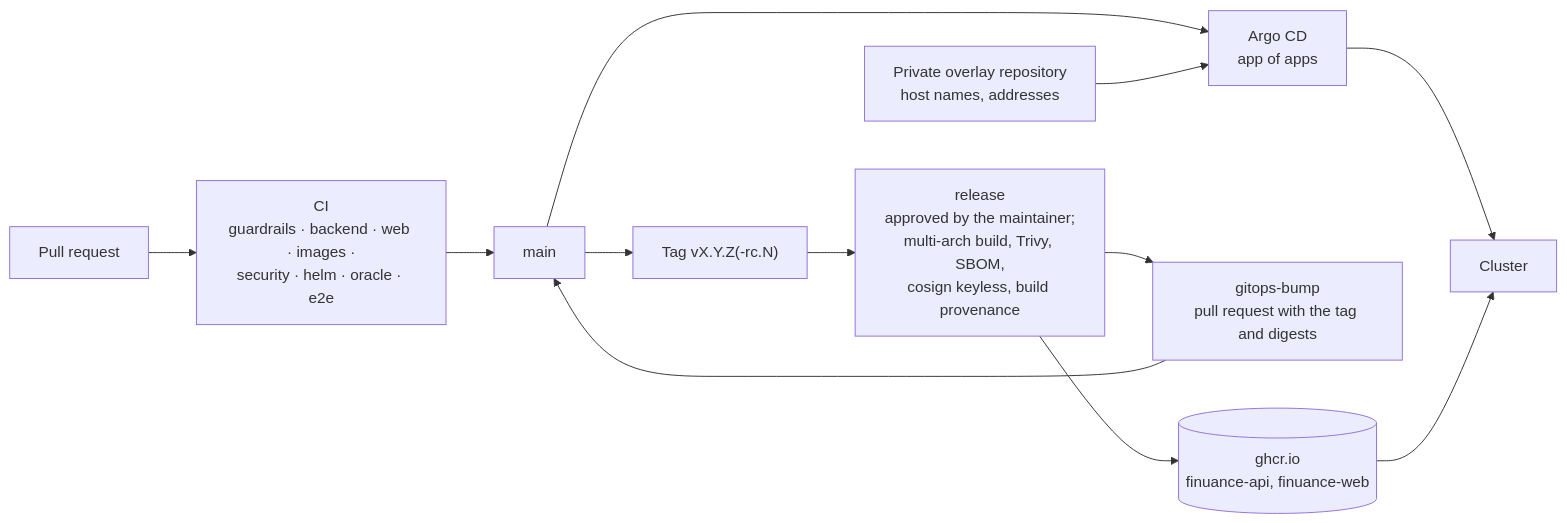
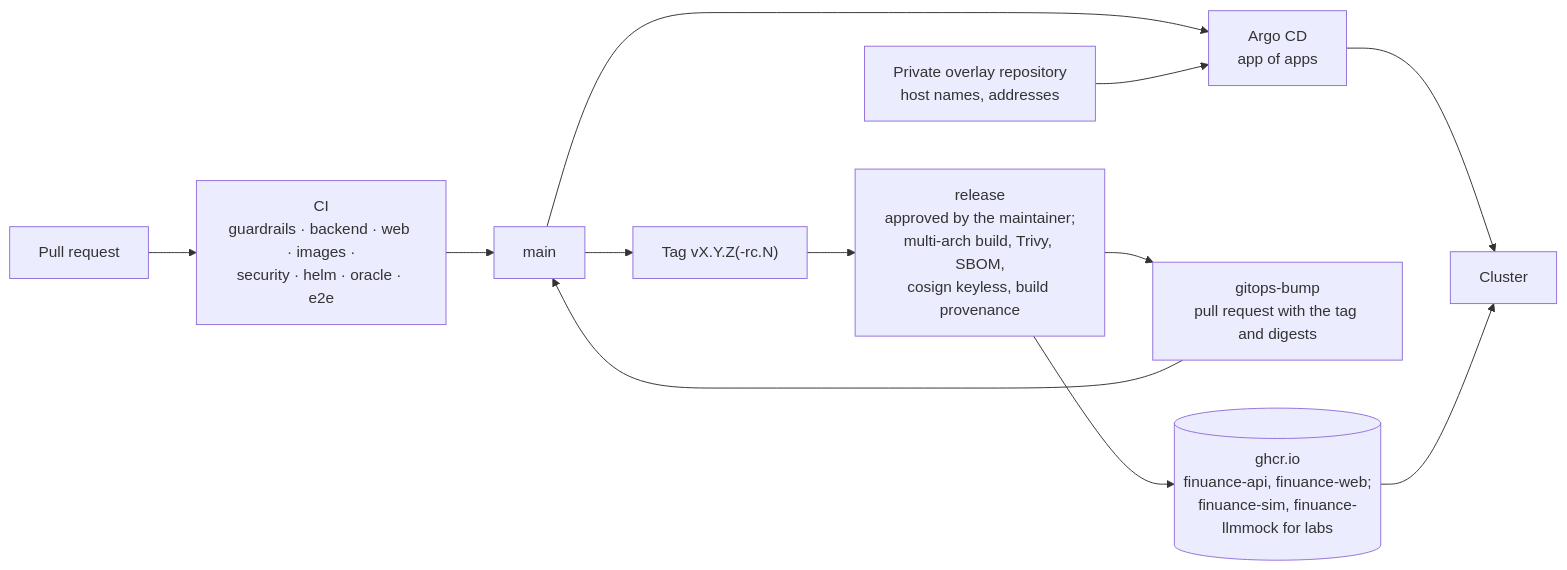
One commit to x2db736ac85h/Finuance changed the third of 3 diagrams in docs/COMPONENTS.md. Above: the diagram before and after it, drawn with Mermaid. The commit also changed other lines of this file and 6 other files, not shown here.

First line of the commit message:
docs: the simulator in the component map, architecture, observability, RUNBOOK and README (25.11)

````diff
--- a/docs/COMPONENTS.md
+++ b/docs/COMPONENTS.md
@@ -183,14 +188,14 @@
 ```mermaid
 flowchart LR
     pr["Pull request"] --> ci["CI<br/>guardrails · backend · web · images ·<br/>security · helm · oracle · e2e"]
     ci --> main["main"]
     main --> tag["Tag vX.Y.Z(-rc.N)"]
     tag --> rel["release<br/>approved by the maintainer;<br/>multi-arch build, Trivy, SBOM,<br/>cosign keyless, build provenance"]
-    rel --> ghcr[("ghcr.io<br/>finuance-api, finuance-web")]
+    rel --> ghcr[("ghcr.io<br/>finuance-api, finuance-web;<br/>finuance-sim, finuance-llmmock for labs")]
     rel --> bump["gitops-bump<br/>pull request with the tag and digests"]
     bump --> main
     main --> argo["Argo CD<br/>app of apps"]
     priv["Private overlay repository<br/>host names, addresses"] --> argo
     argo --> cluster["Cluster"]
     ghcr --> cluster
 ```
````
